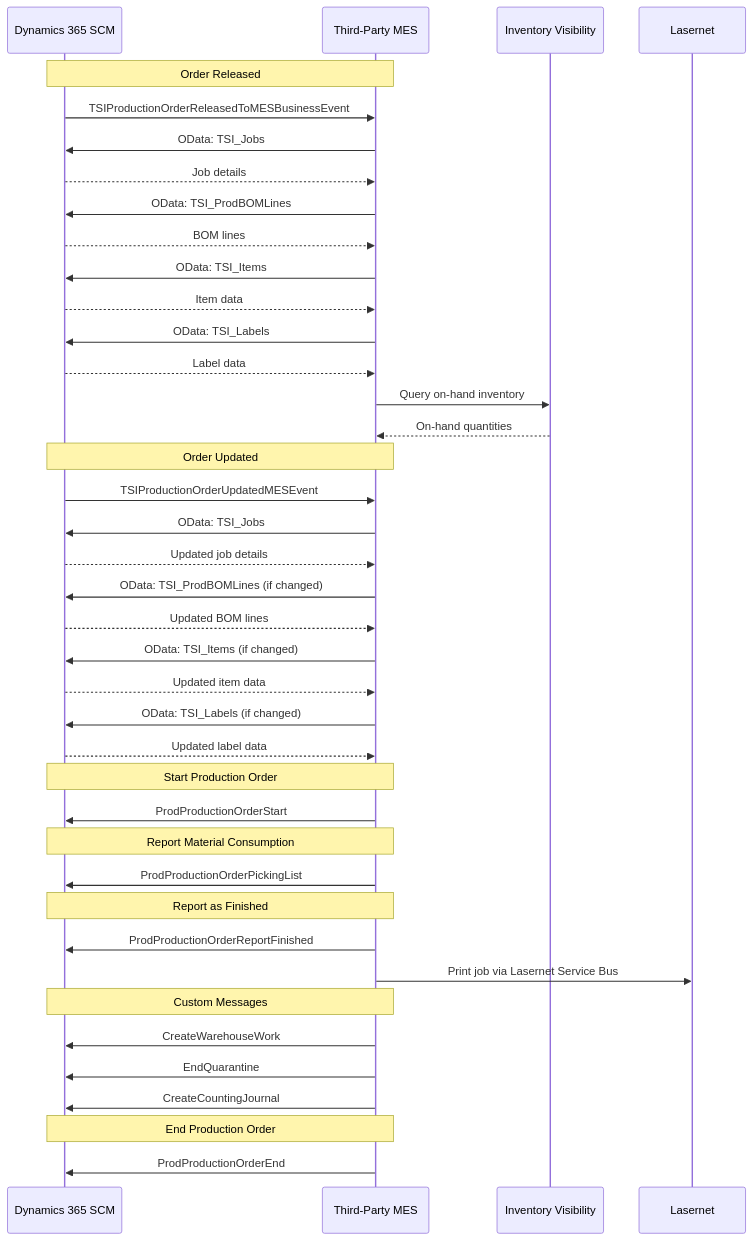
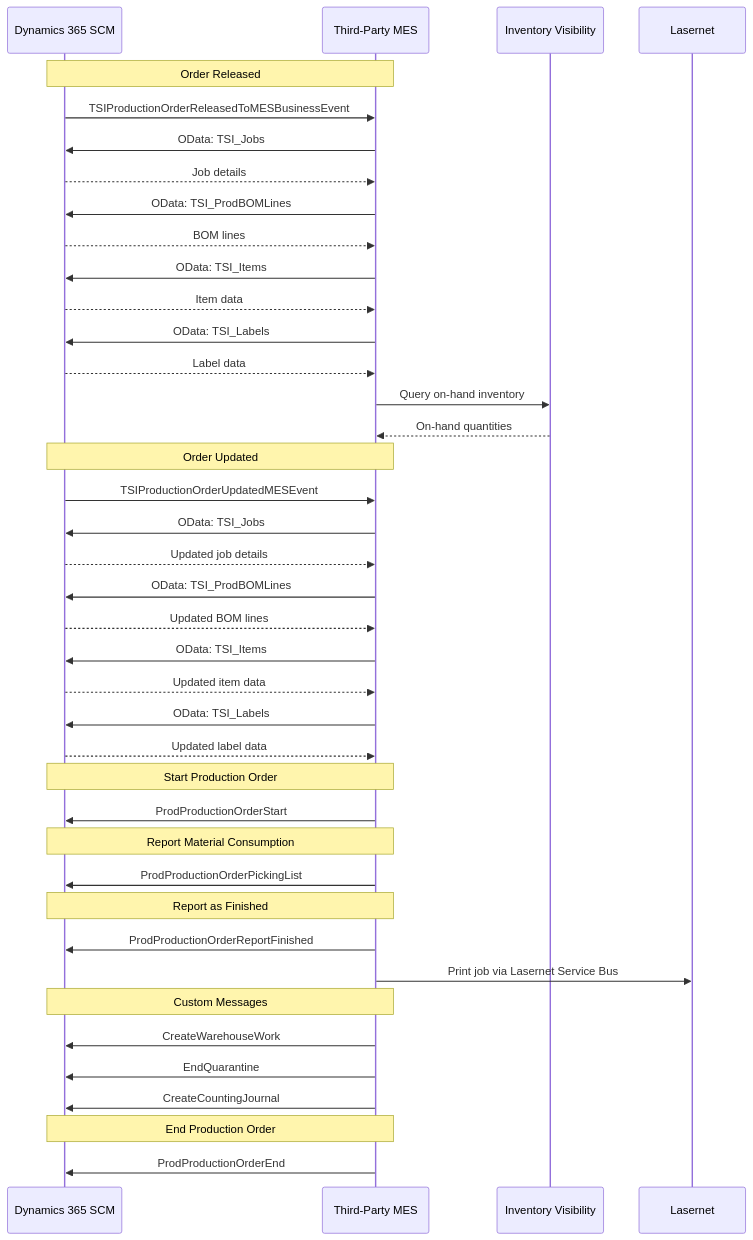
The diagram in README.md (tempur-intl/d365MES-examples), drawn with Mermaid before and after one commit.

Commit message:
Update integration flow diagram in README

````diff
--- a/README.md
+++ b/README.md
@@ -25,49 +25,49 @@
 ```mermaid
 sequenceDiagram
     participant D365 as Dynamics 365 SCM
     participant MES as Third-Party MES
     participant IVA as Inventory Visibility
     participant LN as Lasernet
 
     Note over D365,MES: Order Released
     D365->>MES: TSIProductionOrderReleasedToMESBusinessEvent
     MES->>D365: OData: TSI_Jobs
     D365-->>MES: Job details
     MES->>D365: OData: TSI_ProdBOMLines
     D365-->>MES: BOM lines
     MES->>D365: OData: TSI_Items
     D365-->>MES: Item data
     MES->>D365: OData: TSI_Labels
     D365-->>MES: Label data
     MES->>IVA: Query on-hand inventory
     IVA-->>MES: On-hand quantities
 
     Note over D365,MES: Order Updated
     D365->>MES: TSIProductionOrderUpdatedMESEvent
     MES->>D365: OData: TSI_Jobs
     D365-->>MES: Updated job details
-    MES->>D365: OData: TSI_ProdBOMLines (if changed)
+    MES->>D365: OData: TSI_ProdBOMLines
     D365-->>MES: Updated BOM lines
-    MES->>D365: OData: TSI_Items (if changed)
+    MES->>D365: OData: TSI_Items
     D365-->>MES: Updated item data
-    MES->>D365: OData: TSI_Labels (if changed)
+    MES->>D365: OData: TSI_Labels
     D365-->>MES: Updated label data
 
     Note over D365,MES: Start Production Order
     MES->>D365: ProdProductionOrderStart
 
     Note over D365,MES: Report Material Consumption
     MES->>D365: ProdProductionOrderPickingList
 
     Note over D365,MES: Report as Finished
     MES->>D365: ProdProductionOrderReportFinished
     MES->>LN: Print job via Lasernet Service Bus
 
     Note over D365,MES: Custom Messages
     MES->>D365: CreateWarehouseWork
     MES->>D365: EndQuarantine
     MES->>D365: CreateCountingJournal
 
     Note over D365,MES: End Production Order
     MES->>D365: ProdProductionOrderEnd
 ```
````
